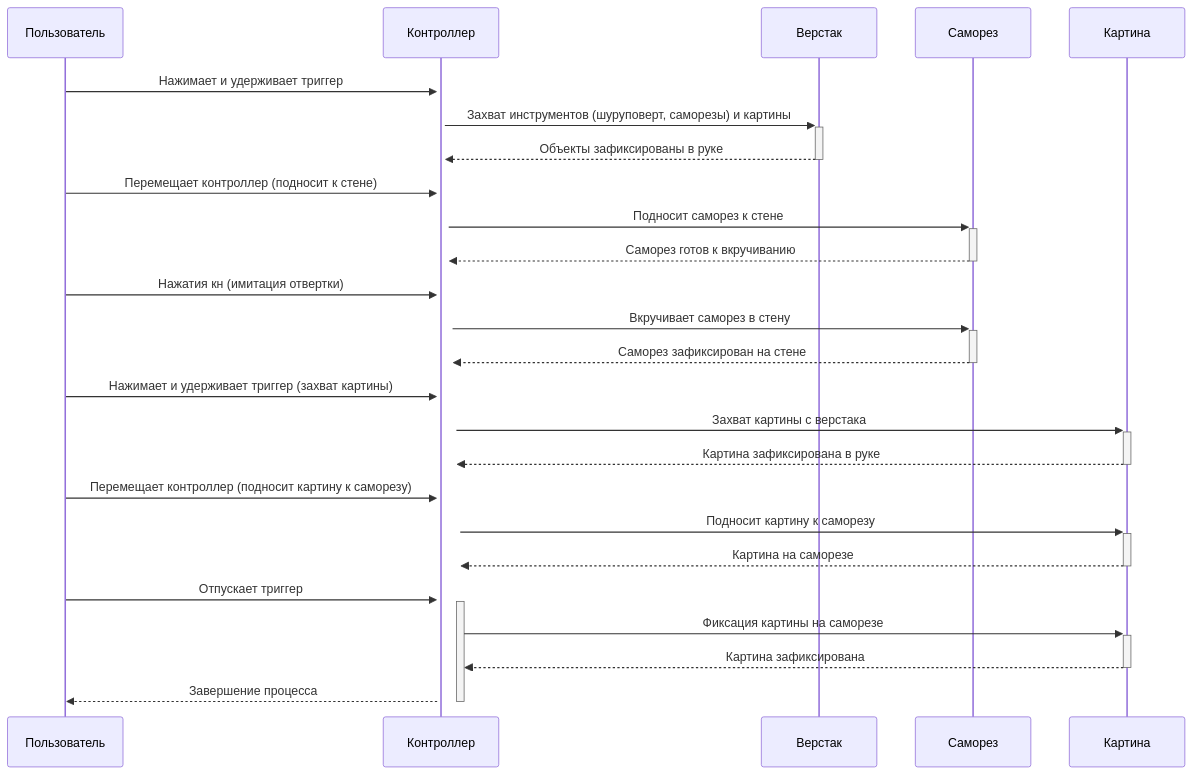
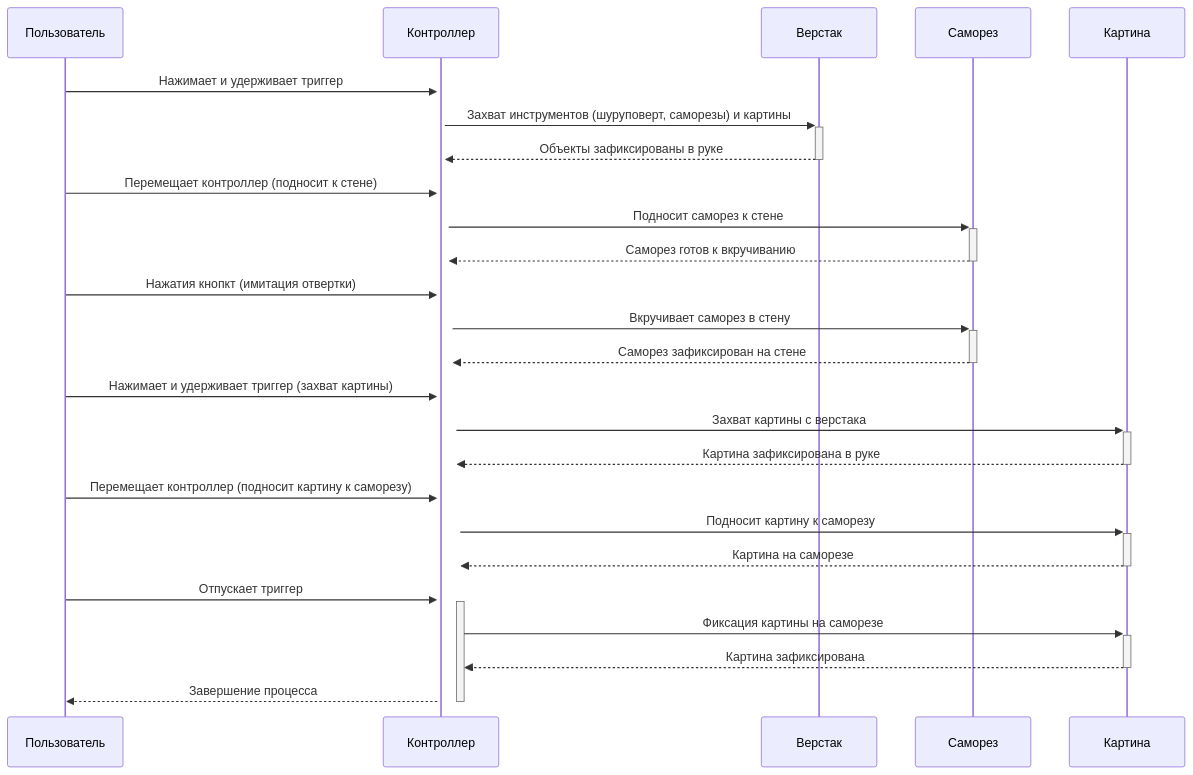
One commit to NerdyCep/iodraw-files changed the diagram in all/не называться-1.md. Above: the diagram before and after it, drawn with Mermaid.

Commit message:
2025-02-25 18:24:17 update

````diff
--- a/all/не называться-1.md
+++ b/all/не называться-1.md
@@ -1,29 +1,29 @@
 ```mermaid
 sequenceDiagram
     participant Пользователь
     participant Контроллер
     participant Верстак
     participant Саморез
     participant Картина
     
 
     Пользователь->>+Контроллер: Нажимает и удерживает триггер
     Контроллер->>+Верстак: Захват инструментов (шуруповерт, саморезы) и картины
     Верстак-->>-Контроллер: Объекты зафиксированы в руке
     Пользователь->>+Контроллер: Перемещает контроллер (подносит к стене)
     Контроллер->>+Саморез: Подносит саморез к стене
     Саморез-->>-Контроллер: Саморез готов к вкручиванию
-    Пользователь->>+Контроллер: Нажатия кн (имитация отвертки)
+    Пользователь->>+Контроллер: Нажатия кнопкт (имитация отвертки)
     Контроллер->>+Саморез: Вкручивает саморез в стену
     Саморез-->>-Контроллер: Саморез зафиксирован на стене
     Пользователь->>+Контроллер: Нажимает и удерживает триггер (захват картины)
     Контроллер->>+Картина: Захват картины с верстака
     Картина-->>-Контроллер: Картина зафиксирована в руке
     Пользователь->>+Контроллер: Перемещает контроллер (подносит картину к саморезу)
     Контроллер->>+Картина: Подносит картину к саморезу
     Картина-->>-Контроллер: Картина на саморезе
     Пользователь->>+Контроллер: Отпускает триггер
     Контроллер->>+Картина: Фиксация картины на саморезе
     Картина-->>-Контроллер: Картина зафиксирована
     Контроллер-->>-Пользователь: Завершение процесса
 ```
````
